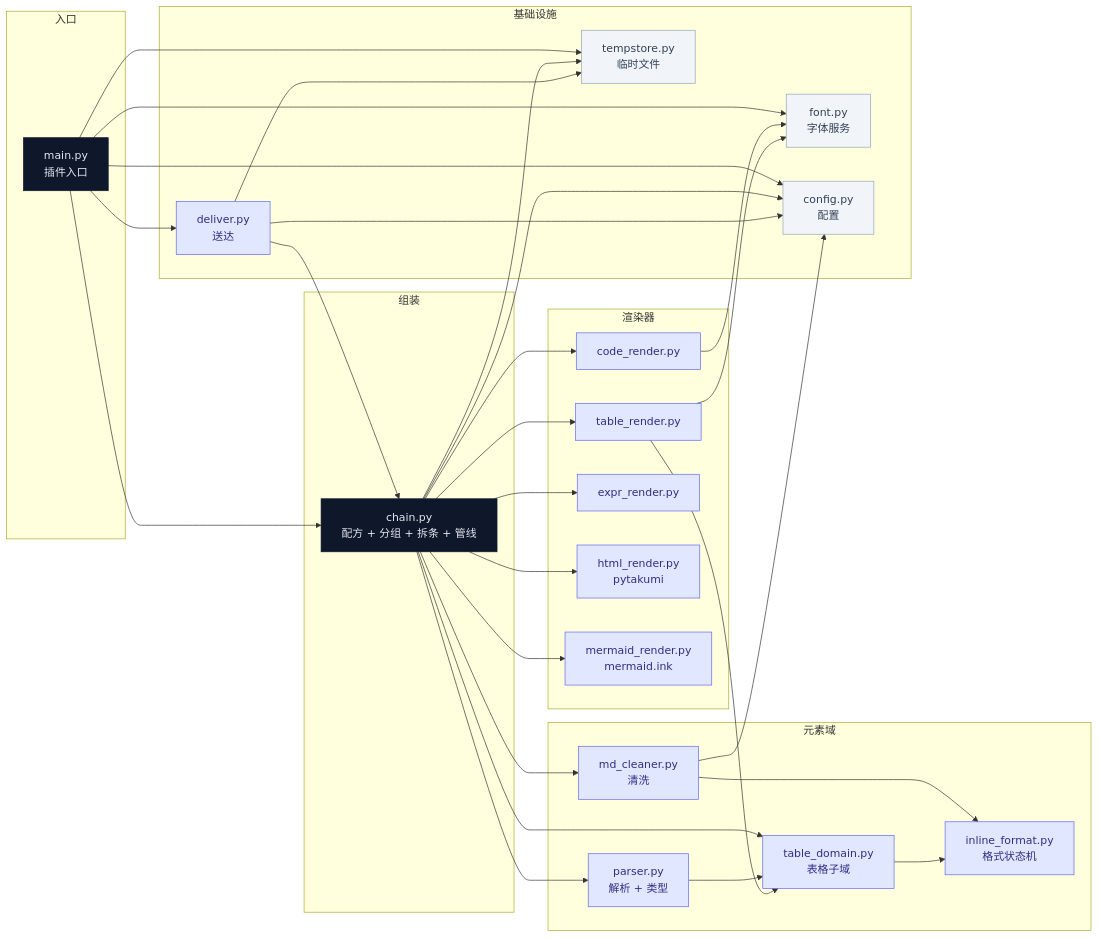
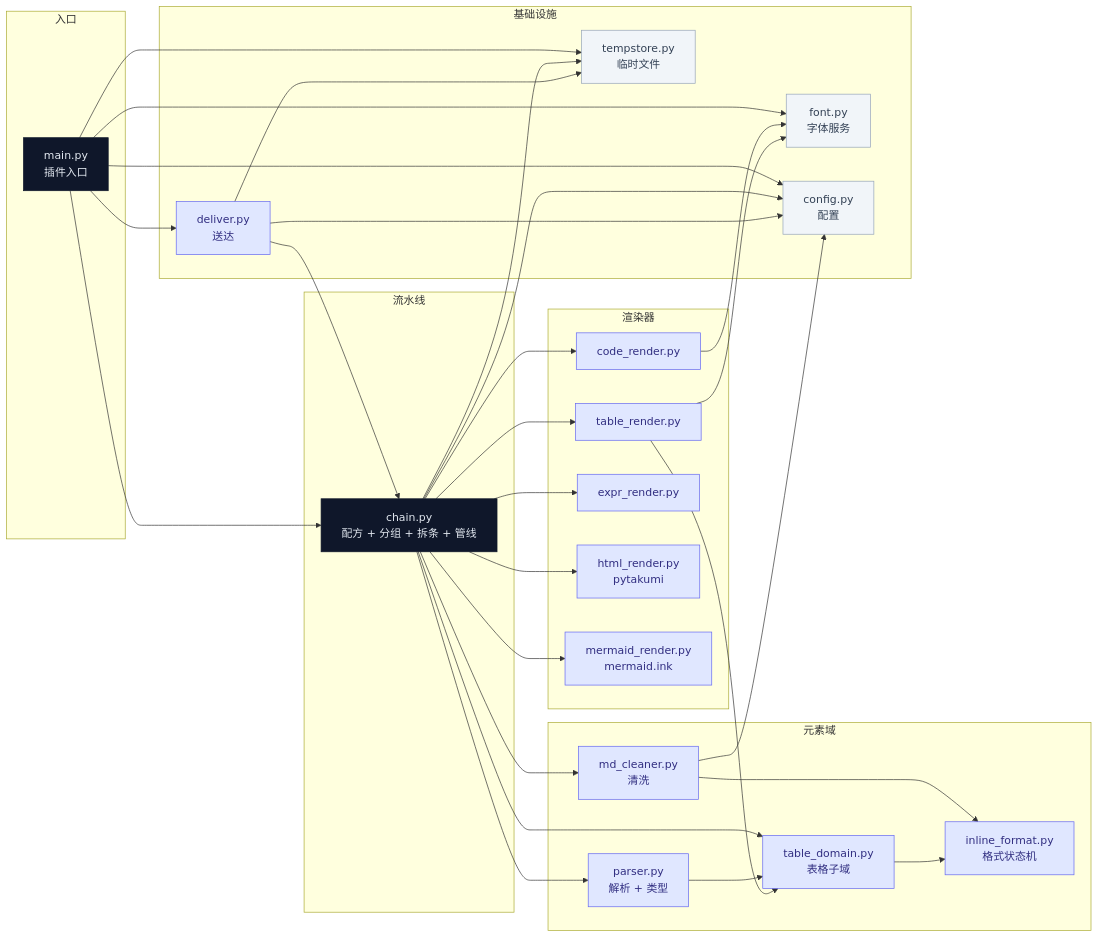
The diagram in README.md (monster1389/astrbot_plugin_md_render), drawn with Mermaid before and after one commit. The commit also changed other lines of this file and 5 other files, not shown here.

First line of the commit message:
docs: README 按使用顺序重排，字体教程拆出，效果图合成横排

````diff
--- a/README.md
+++ b/README.md
@@ -157,61 +144,61 @@
 ```mermaid
 flowchart LR
   subgraph 入口
     main["main.py<br/>插件入口"]
   end
-  subgraph 组装
+  subgraph 流水线
     chain["chain.py<br/>配方 + 分组 + 拆条 + 管线"]
   end
   subgraph 元素域
     parser["parser.py<br/>解析 + 类型"]
     tdom["table_domain.py<br/>表格子域"]
     ifmt["inline_format.py<br/>格式状态机"]
     mdc["md_cleaner.py<br/>清洗"]
   end
   subgraph 渲染器
     code_r["code_render.py"]
     table_r["table_render.py"]
     expr_r["expr_render.py"]
     html_r["html_render.py<br/>pytakumi"]
     mmd_r["mermaid_render.py<br/>mermaid.ink"]
   end
   subgraph 基础设施
     font["font.py<br/>字体服务"]
     cfg["config.py<br/>配置"]
     ts["tempstore.py<br/>临时文件"]
     deliv["deliver.py<br/>送达"]
   end
 
   main --> chain
   main --> cfg
   main --> deliv
   main --> font
   main --> ts
   chain --> code_r
   chain --> cfg
   chain --> expr_r
   chain --> html_r
   chain --> mdc
   chain --> mmd_r
   chain --> parser
   chain --> tdom
   chain --> table_r
   chain --> ts
   code_r --> font
   parser --> tdom
   mdc --> ifmt
   mdc --> cfg
   deliv --> chain
   deliv --> ts
   deliv --> cfg
   table_r --> tdom
   table_r --> font
   tdom --> ifmt
 
   classDef deep fill:#0f172a,color:#e2e8f0,stroke:#0f172a;
   classDef mid fill:#e0e7ff,stroke:#6366f1,color:#312e81;
   classDef leaf fill:#f1f5f9,stroke:#94a3b8,color:#334155;
   class main,chain deep;
   class parser,tdom,ifmt,mdc,code_r,table_r,expr_r,html_r,mmd_r,deliv mid;
   class font,cfg,ts leaf;
 ```
````
